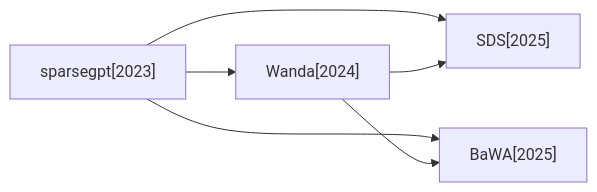
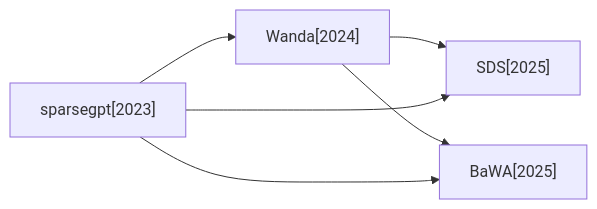
Before and after one commit to hustzxd/EfficientPaper: the third of 5 diagrams in docs/baseline_methods_graph.md, drawn with Mermaid. The commit also changed other lines of this file and 24 other files, not shown here.

````diff
--- a/docs/baseline_methods_graph.md
+++ b/docs/baseline_methods_graph.md
@@ -42,12 +42,12 @@
 ```mermaid
 flowchart LR
+    2025_BaWA["BaWA[2025]"]
+    2024_Wanda["Wanda[2024]"]
     2025_SDS["SDS[2025]"]
     2023_sparsegpt["sparsegpt[2023]"]
-    2025_BaWA["BaWA[2025]"]
-    2024_Wanda["Wanda[2024]"]
+    2024_Wanda --> 2025_SDS
+    2024_Wanda --> 2025_BaWA
     2023_sparsegpt --> 2025_SDS
     2023_sparsegpt --> 2025_BaWA
     2023_sparsegpt --> 2024_Wanda
-    2024_Wanda --> 2025_SDS
-    2024_Wanda --> 2025_BaWA
 ```
````
